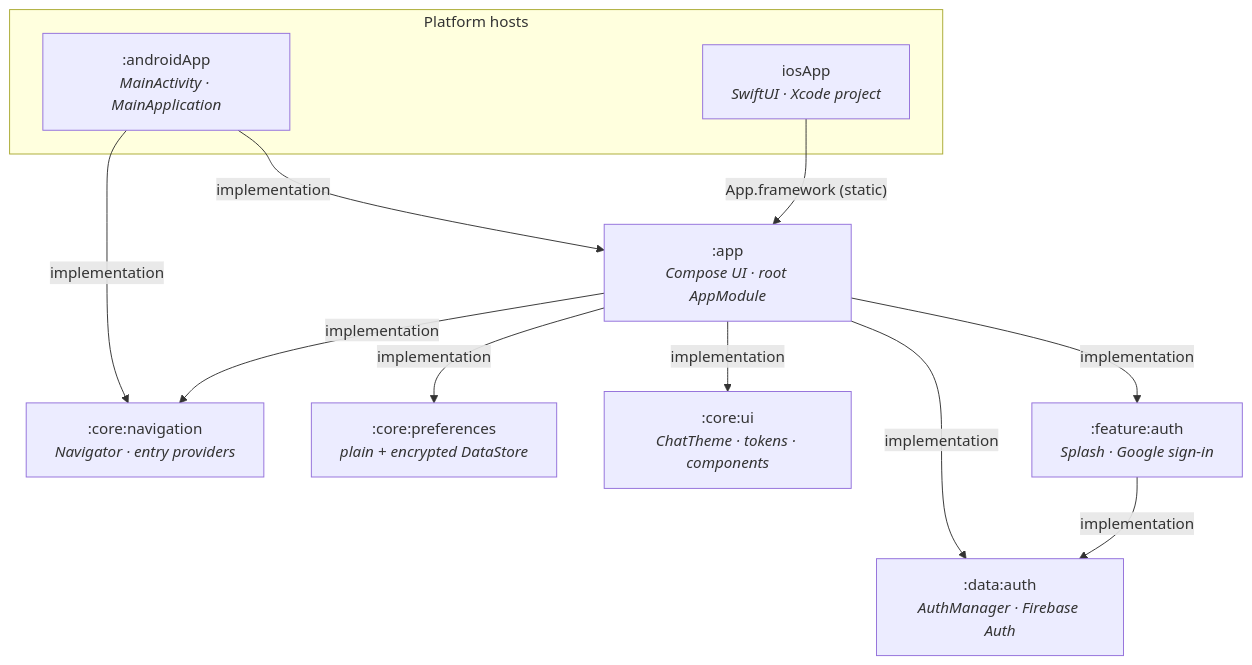
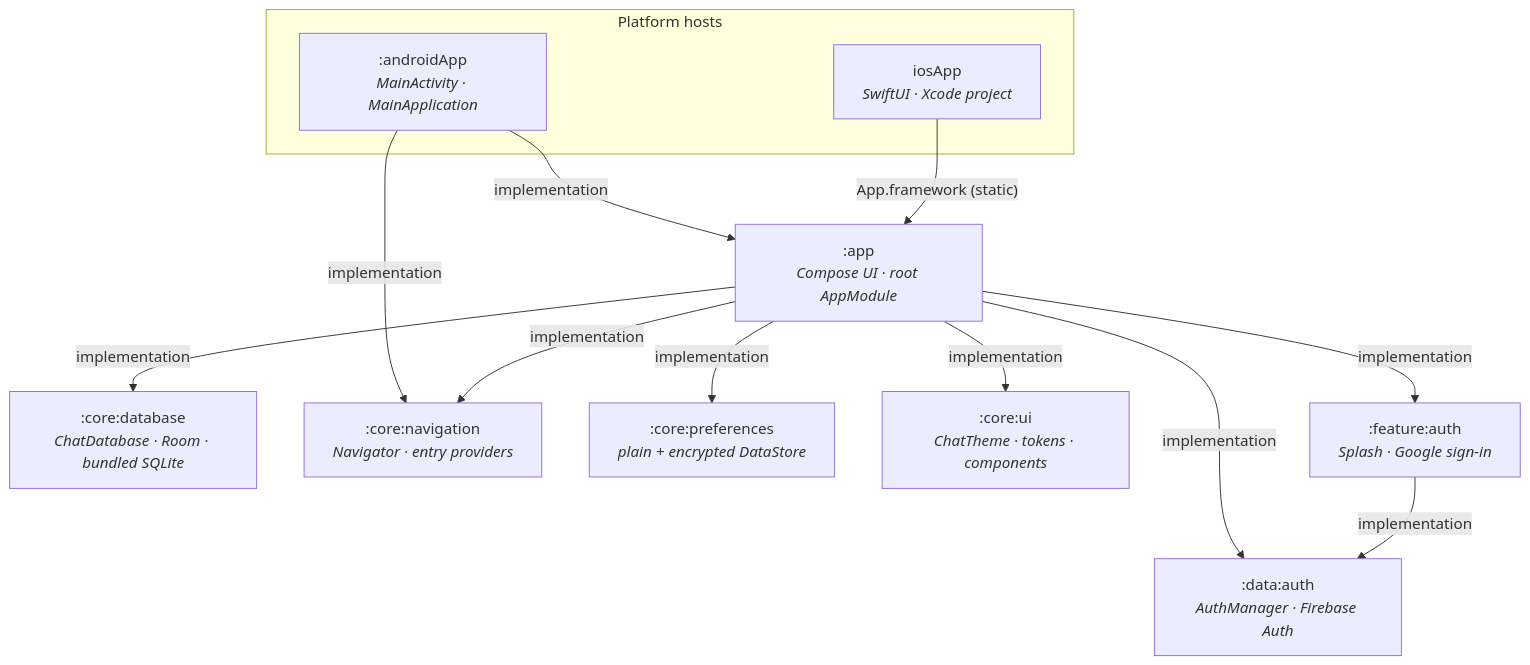
The diagram in README.md (weslley-poatek/chat), drawn with Mermaid before and after one commit. The commit also changed other lines of this file and 23 other files, not shown here.

Commit message:
⚙️ chore: Add core:database module with the Room ChatDatabase and register it in the app.

````diff
--- a/README.md
+++ b/README.md
@@ -83,24 +83,26 @@
 ```mermaid
 flowchart TD
     subgraph hosts ["Platform hosts"]
         androidApp[":androidApp<br/><i>MainActivity · MainApplication</i>"]
         iosApp["iosApp<br/><i>SwiftUI · Xcode project</i>"]
     end
 
     app[":app<br/><i>Compose UI · root AppModule</i>"]
+    db[":core:database<br/><i>ChatDatabase · Room · bundled SQLite</i>"]
     nav[":core:navigation<br/><i>Navigator · entry providers</i>"]
     prefs[":core:preferences<br/><i>plain + encrypted DataStore</i>"]
     ui[":core:ui<br/><i>ChatTheme · tokens · components</i>"]
     featureAuth[":feature:auth<br/><i>Splash · Google sign-in</i>"]
     dataAuth[":data:auth<br/><i>AuthManager · Firebase Auth</i>"]
 
     androidApp -- "implementation" --> app
     androidApp -- "implementation" --> nav
     iosApp -- "App.framework (static)" --> app
+    app -- "implementation" --> db
     app -- "implementation" --> nav
     app -- "implementation" --> prefs
     app -- "implementation" --> ui
     app -- "implementation" --> featureAuth
     app -- "implementation" --> dataAuth
     featureAuth -- "implementation" --> dataAuth
 ```
````
